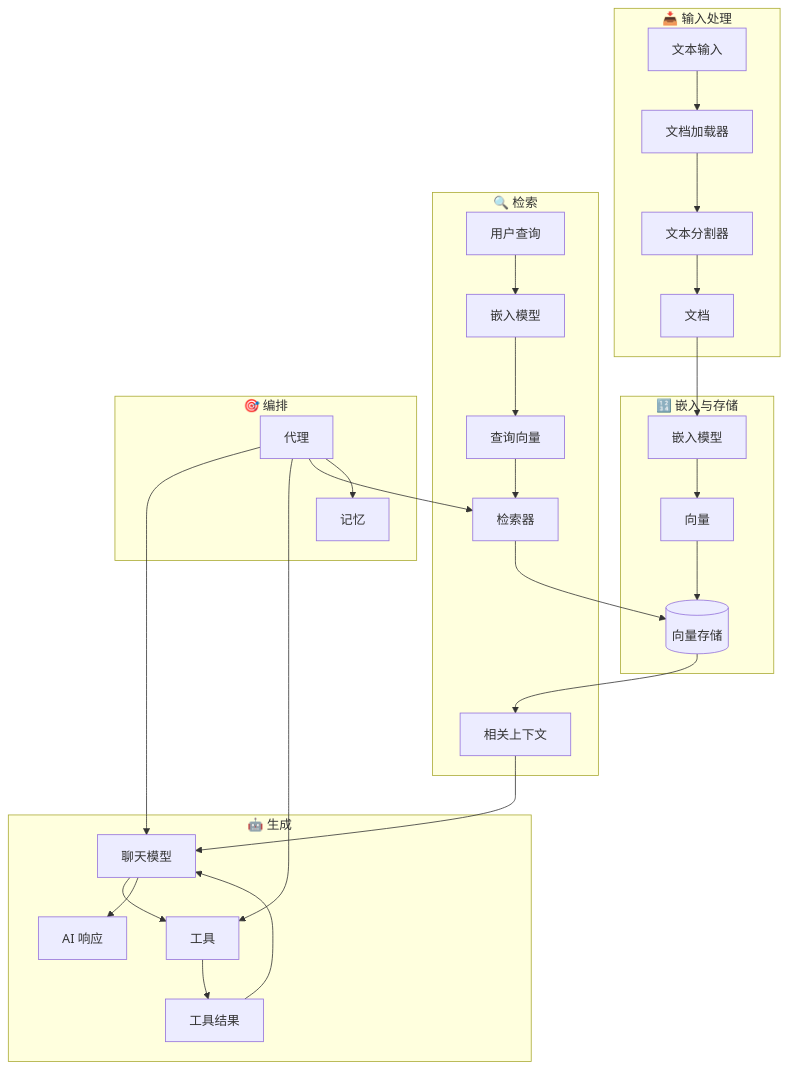
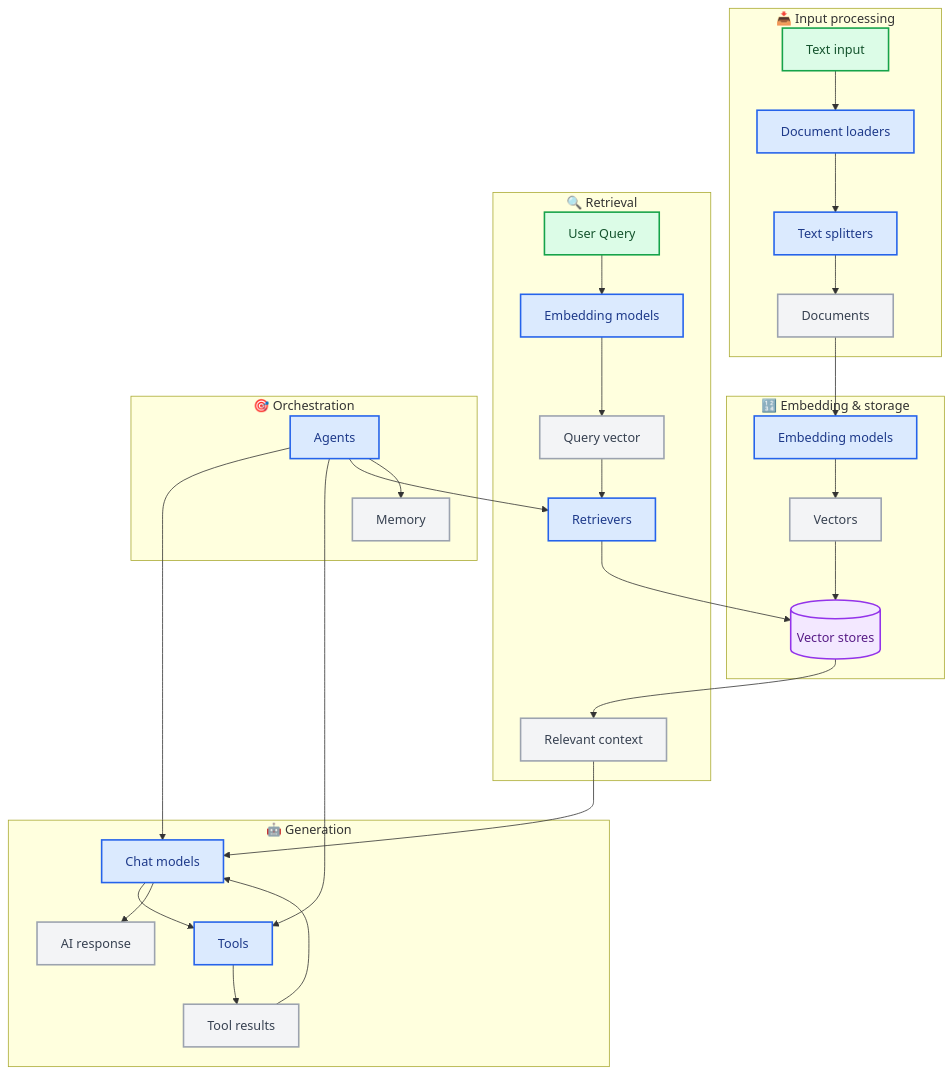
Before and after one commit to kunfan96/cndocs-langchain: the first of 4 diagrams in oss/javascript/langchain/component-architecture.mdx, drawn with Mermaid. The commit also changed other lines of this file and 2611 other files, not shown here.

````diff
--- a/oss/javascript/langchain/component-architecture.mdx
+++ b/oss/javascript/langchain/component-architecture.mdx
@@ -11,42 +11,52 @@
 ```mermaid
 graph TD
     %% Input processing
-    subgraph "📥 输入处理"
-        A[文本输入] --> B[文档加载器]
-        B --> C[文本分割器]
-        C --> D[文档]
+    subgraph "📥 Input processing"
+        A[Text input] --> B[Document loaders]
+        B --> C[Text splitters]
+        C --> D[Documents]
     end
 
     %% Embedding & storage
-    subgraph "🔢 嵌入与存储"
-        D --> E[嵌入模型]
-        E --> F[向量]
-        F --> G[(向量存储)]
+    subgraph "🔢 Embedding & storage"
+        D --> E[Embedding models]
+        E --> F[Vectors]
+        F --> G[(Vector stores)]
     end
 
     %% Retrieval
-    subgraph "🔍 检索"
-        H[用户查询] --> I[嵌入模型]
-        I --> J[查询向量]
-        J --> K[检索器]
+    subgraph "🔍 Retrieval"
+        H[User Query] --> I[Embedding models]
+        I --> J[Query vector]
+        J --> K[Retrievers]
         K --> G
-        G --> L[相关上下文]
+        G --> L[Relevant context]
     end
 
     %% Generation
-    subgraph "🤖 生成"
-        M[聊天模型] --> N[工具]
-        N --> O[工具结果]
+    subgraph "🤖 Generation"
+        M[Chat models] --> N[Tools]
+        N --> O[Tool results]
         O --> M
         L --> M
-        M --> P[AI 响应]
+        M --> P[AI response]
     end
 
     %% Orchestration
-    subgraph "🎯 编排"
-        Q[代理] --> M
+    subgraph "🎯 Orchestration"
+        Q[Agents] --> M
         Q --> N
         Q --> K
-        Q --> R[记忆]
+        Q --> R[Memory]
     end
+
+    classDef trigger fill:#DCFCE7,stroke:#16A34A,stroke-width:2px,color:#14532D
+    classDef process fill:#DBEAFE,stroke:#2563EB,stroke-width:2px,color:#1E3A8A
+    classDef output fill:#F3E8FF,stroke:#9333EA,stroke-width:2px,color:#581C87
+    classDef neutral fill:#F3F4F6,stroke:#9CA3AF,stroke-width:2px,color:#374151
+
+    class A,H trigger
+    class B,C,E,I,K,M,N,Q process
+    class D,F,J,L,O,P,R neutral
+    class G output
 ```
````
